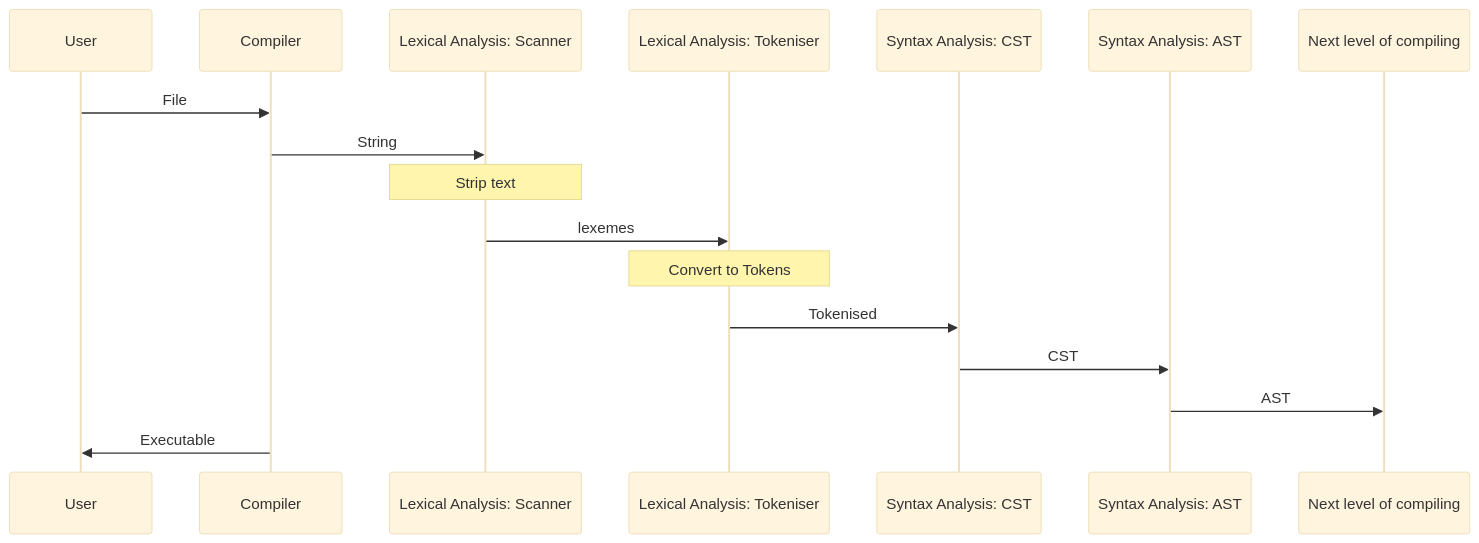
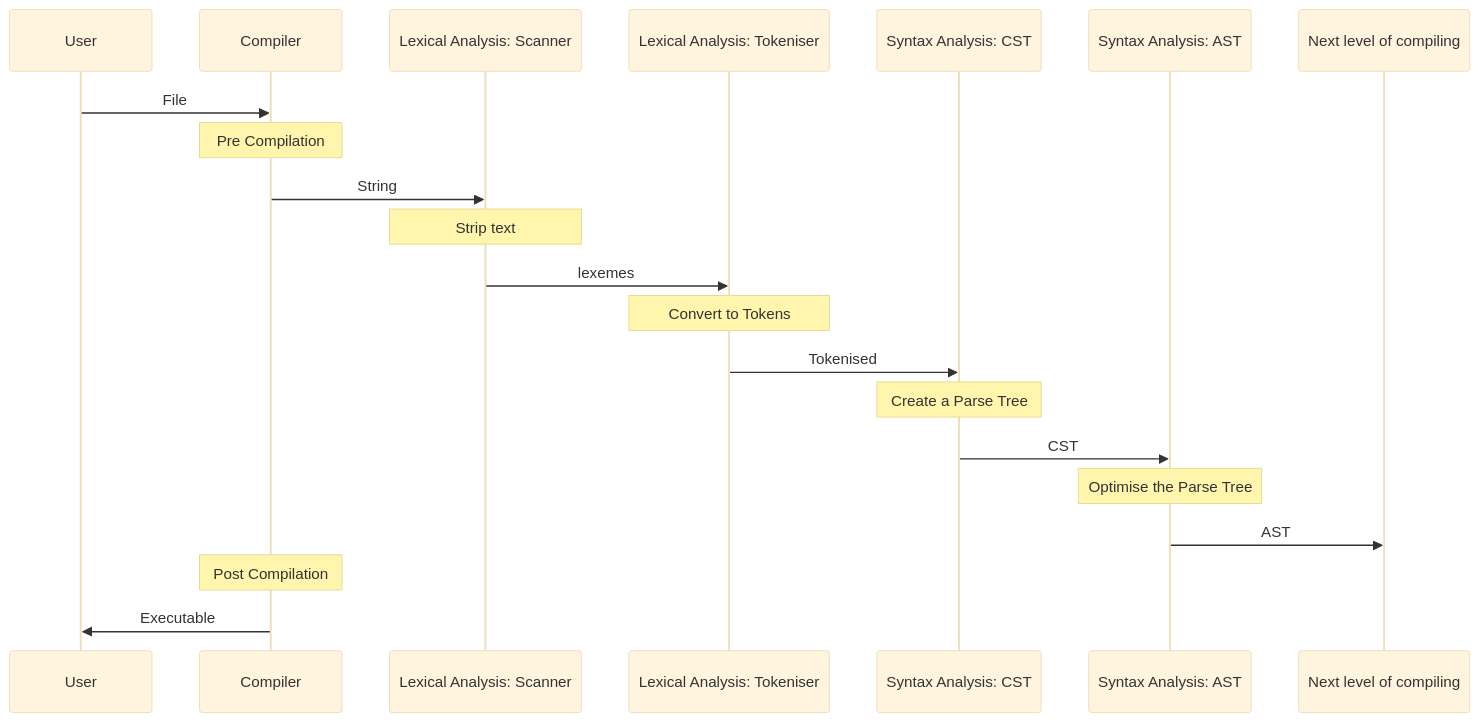
Before and after one commit to trshant-sugoi/stackedit: the diagram in drafts/2019-02-25-Compiler-I-AST.md, drawn with Mermaid (base theme). The commit also changed other lines of this file, not shown here.

Commit message:
drafts/2019-02-25-Compiler-I-AST.md updated from https://stackedit.io/

````diff
--- a/drafts/2019-02-25-Compiler-I-AST.md
+++ b/drafts/2019-02-25-Compiler-I-AST.md
@@ -18,19 +18,23 @@
 ```mermaid
 sequenceDiagram
 participant U as User  
 participant C as Compiler   
 participant S as Lexical Analysis: Scanner
 participant T as Lexical Analysis: Tokeniser   
 participant SA1 as Syntax Analysis: CST
 participant SA2 as Syntax Analysis: AST 
 
 U ->> C  : File  
+Note over C: Pre Compilation
 C ->> S  : String
 Note over S: Strip text
 S ->> T  : lexemes 
 Note over T: Convert to Tokens
 T ->> SA1 : Tokenised   
+Note over SA1: Create a Parse Tree
 SA1  ->> SA2 : CST
+Note over SA2: Optimise the Parse Tree
 SA2  ->> Next level of compiling: AST 
+Note over C: Post Compilation
 C ->> U: Executable  
 ```  
````
